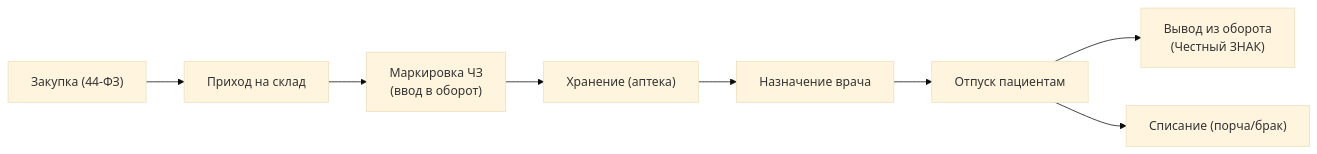
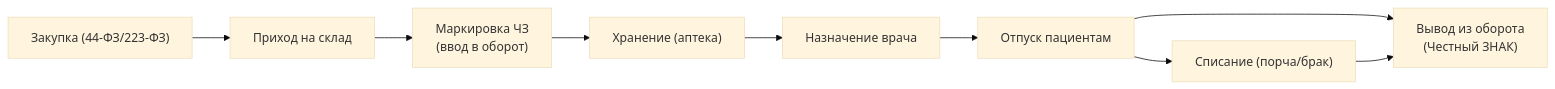
The first of 2 diagrams in docs/specialization/medtech-pharma.md (sergeyodnoval-bot/sysanalyst-kb.github.io), drawn with Mermaid (base theme) before and after one commit. The commit also changed other lines of this file and 13 other files, not shown here.

````diff
--- a/docs/specialization/medtech-pharma.md
+++ b/docs/specialization/medtech-pharma.md
@@ -22,10 +45,11 @@
 ```mermaid
 flowchart LR
-    A["Закупка (44-ФЗ)"] --> B["Приход на склад"]
+    A["Закупка (44-ФЗ/223-ФЗ)"] --> B["Приход на склад"]
     B --> C["Маркировка ЧЗ<br/>(ввод в оборот)"]
     C --> D["Хранение (аптека)"]
     D --> E["Назначение врача"]
     E --> F["Отпуск пациентам"]
     F --> G["Вывод из оборота<br/>(Честный ЗНАК)"]
     F --> H["Списание (порча/брак)"]
+    H --> G
 ```
````
